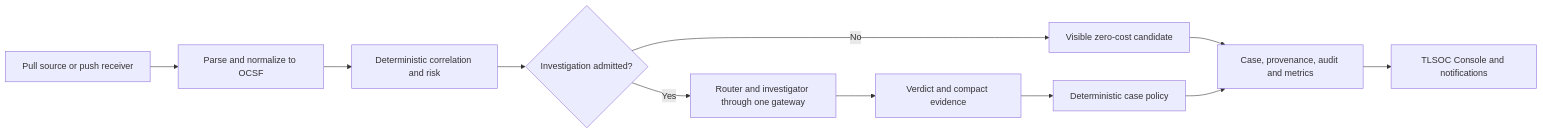
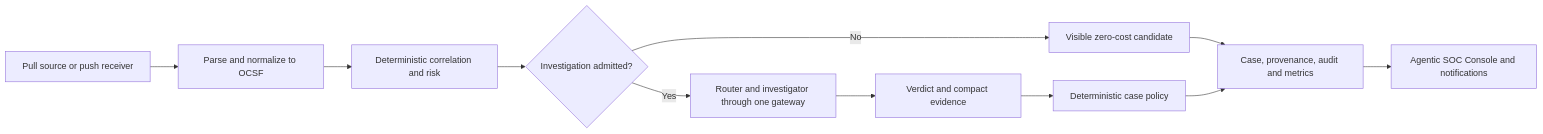
The diagram in docs/concepts/architecture.md (ARYDESTROYER/Agentic-Kibana), drawn with Mermaid before and after one commit. The commit also changed other lines of this file and 236 other files, not shown here.

Commit message:
feat: unify Agentic SOC operations experience

````diff
--- a/docs/concepts/architecture.md
+++ b/docs/concepts/architecture.md
@@ -30,13 +30,13 @@
 ```mermaid
 flowchart LR
     A["Pull source or push receiver"] --> B["Parse and normalize to OCSF"]
     B --> C["Deterministic correlation and risk"]
     C --> D{"Investigation admitted?"}
     D -->|No| E["Visible zero-cost candidate"]
     D -->|Yes| F["Router and investigator through one gateway"]
     F --> G["Verdict and compact evidence"]
     G --> H["Deterministic case policy"]
     E --> I["Case, provenance, audit and metrics"]
     H --> I
-    I --> J["TLSOC Console and notifications"]
+    I --> J["Agentic SOC Console and notifications"]
 ```
````
